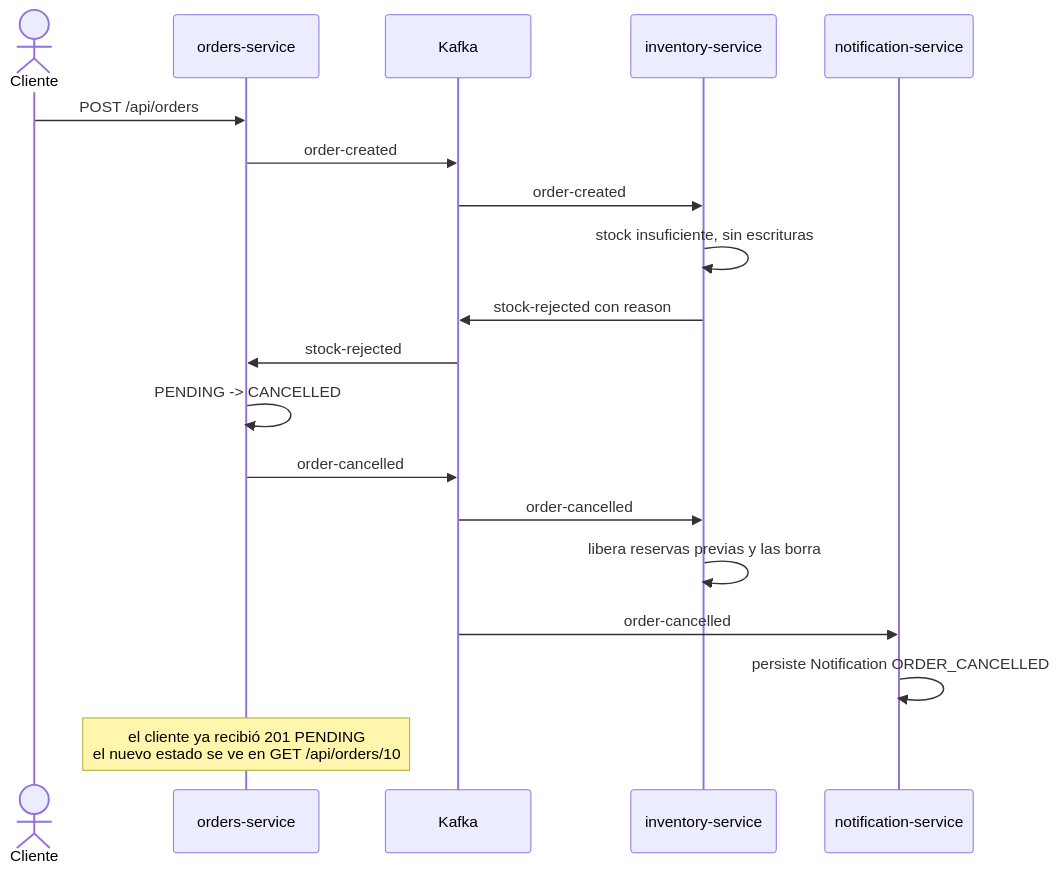
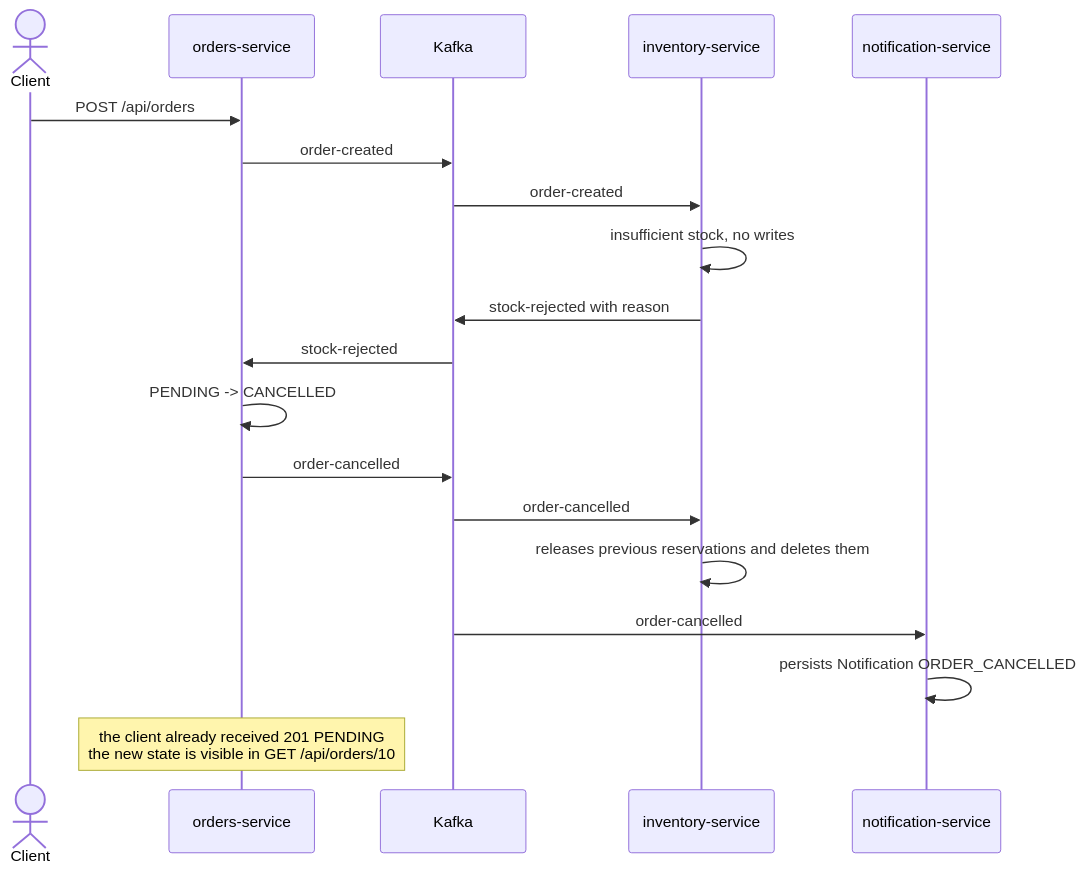
Before and after one commit to carlosgarcia-tech/order-flow: diagram 20 of 31 in README.md, drawn with Mermaid. The commit also changed other lines of this file, not shown here.

````diff
--- a/README.md
+++ b/README.md
@@ -898,22 +898,22 @@
 ```mermaid
 sequenceDiagram
-    actor C as Cliente
+    actor C as Client
     participant OS as orders-service
     participant K as Kafka
     participant IS as inventory-service
     participant NS as notification-service
 
     C->>OS: POST /api/orders
     OS->>K: order-created
     K->>IS: order-created
-    IS->>IS: stock insuficiente, sin escrituras
-    IS->>K: stock-rejected con reason
+    IS->>IS: insufficient stock, no writes
+    IS->>K: stock-rejected with reason
     K->>OS: stock-rejected
     OS->>OS: PENDING -> CANCELLED
     OS->>K: order-cancelled
     K->>IS: order-cancelled
-    IS->>IS: libera reservas previas y las borra
+    IS->>IS: releases previous reservations and deletes them
     K->>NS: order-cancelled
-    NS->>NS: persiste Notification ORDER_CANCELLED
-    Note over OS: el cliente ya recibió 201 PENDING<br/>el nuevo estado se ve en GET /api/orders/10
+    NS->>NS: persists Notification ORDER_CANCELLED
+    Note over OS: the client already received 201 PENDING<br/>the new state is visible in GET /api/orders/10
 ```
````
